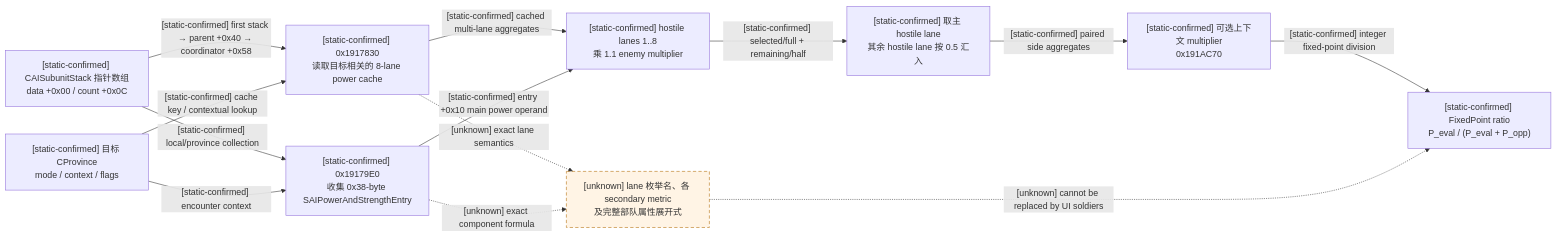
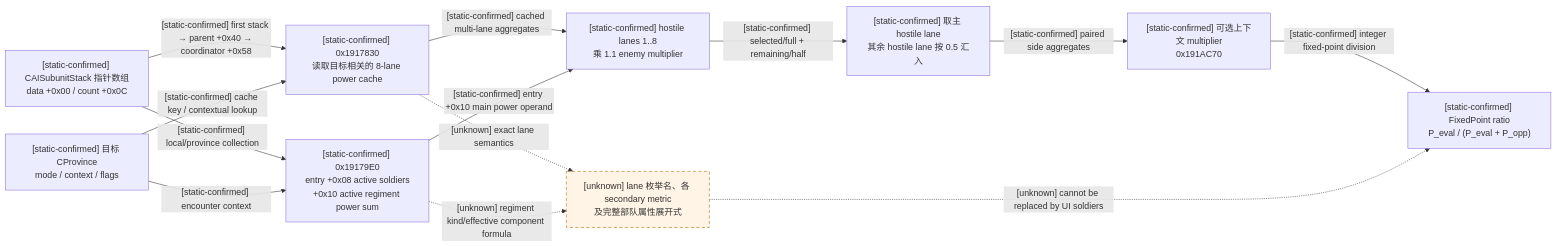
Before and after one commit to XenoAmess/ck3_eternal_recurrence: the first of 6 diagrams in docs/ck3-native-ai/combat-prediction.md, drawn with Mermaid. The commit also changed other lines of this file and 183 other files, not shown here.

````diff
--- a/docs/ck3-native-ai/combat-prediction.md
+++ b/docs/ck3-native-ai/combat-prediction.md
@@ -26,28 +29,28 @@
 ```mermaid
 flowchart LR
     I["[static-confirmed] CAISubunitStack 指针数组<br/>data +0x00 / count +0x0C"]
     T["[static-confirmed] 目标 CProvince<br/>mode / context / flags"]
     C["[static-confirmed] 0x1917830<br/>读取目标相关的 8-lane power cache"]
-    L["[static-confirmed] 0x19179E0<br/>收集 0x38-byte SAIPowerAndStrengthEntry"]
+    L["[static-confirmed] 0x19179E0<br/>entry +0x08 active soldiers<br/>+0x10 active regiment power sum"]
     E["[static-confirmed] hostile lanes 1..8<br/>乘 1.1 enemy multiplier"]
     M["[static-confirmed] 取主 hostile lane<br/>其余 hostile lane 按 0.5 汇入"]
     X["[static-confirmed] 可选上下文 multiplier<br/>0x191AC70"]
     R["[static-confirmed] FixedPoint ratio<br/>P_eval / (P_eval + P_opp)"]
     U["[unknown] lane 枚举名、各 secondary metric<br/>及完整部队属性展开式"]
 
     I -->|"[static-confirmed] first stack → parent +0x40 → coordinator +0x58"| C
     T -->|"[static-confirmed] cache key / contextual lookup"| C
     I -->|"[static-confirmed] local/province collection"| L
     T -->|"[static-confirmed] encounter context"| L
     C -->|"[static-confirmed] cached multi-lane aggregates"| E
     L -->|"[static-confirmed] entry +0x10 main power operand"| E
     E -->|"[static-confirmed] selected/full + remaining/half"| M
     M -->|"[static-confirmed] paired side aggregates"| X
     X -->|"[static-confirmed] integer fixed-point division"| R
     C -. "[unknown] exact lane semantics" .-> U
-    L -. "[unknown] exact component formula" .-> U
+    L -. "[unknown] regiment kind/effective component formula" .-> U
     U -. "[unknown] cannot be replaced by UI soldiers" .-> R
 
     classDef unknown stroke-dasharray: 6 4,fill:#fff4e5,stroke:#b36b00;
     class U unknown;
 ```
````
